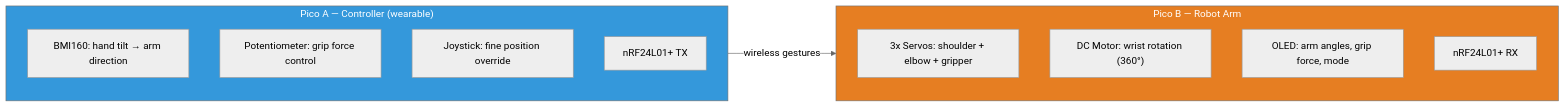
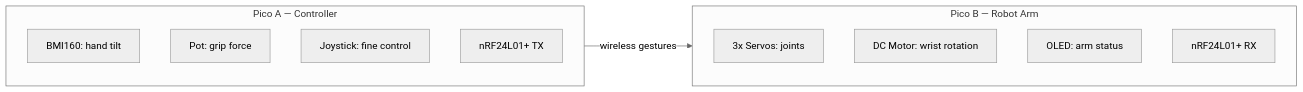
One commit to doyun-gu/hack-a-bot-2026 changed the tenth of 13 diagrams in docs/idea-shortlist-v2.md. Above: the diagram before and after it, drawn with Mermaid (neutral theme). The commit also changed other lines of this file and 3 other files, not shown here.

First line of the commit message:
Clean up diagrams + add EEE theory + ventilation application

````diff
--- a/docs/idea-shortlist-v2.md
+++ b/docs/idea-shortlist-v2.md
@@ -374,21 +332,18 @@
 ```mermaid
 graph LR
-    subgraph GLOVE["Pico A — Controller (wearable)"]
-        G_IMU["BMI160: hand tilt → arm direction"]
-        G_POT["Potentiometer: grip force control"]
-        G_JOY["Joystick: fine position override"]
-        G_NRF["nRF24L01+ TX"]
+    subgraph GLOVE["Pico A — Controller"]
+        G1[BMI160: hand tilt]
+        G2[Pot: grip force]
+        G3[Joystick: fine control]
+        G4[nRF24L01+ TX]
     end
 
     subgraph ARM["Pico B — Robot Arm"]
-        A_SERVO["3x Servos: shoulder + elbow + gripper"]
-        A_MOTOR["DC Motor: wrist rotation (360°)"]
-        A_OLED["OLED: arm angles, grip force, mode"]
-        A_NRF["nRF24L01+ RX"]
+        A1[3x Servos: joints]
+        A2[DC Motor: wrist rotation]
+        A3[OLED: arm status]
+        A4[nRF24L01+ RX]
     end
 
-    GLOVE -->|"wireless gestures"| ARM
-
-    style GLOVE fill:#3498db,color:#fff
-    style ARM fill:#e67e22,color:#fff
+    GLOVE -->|wireless gestures| ARM
 ```
````
